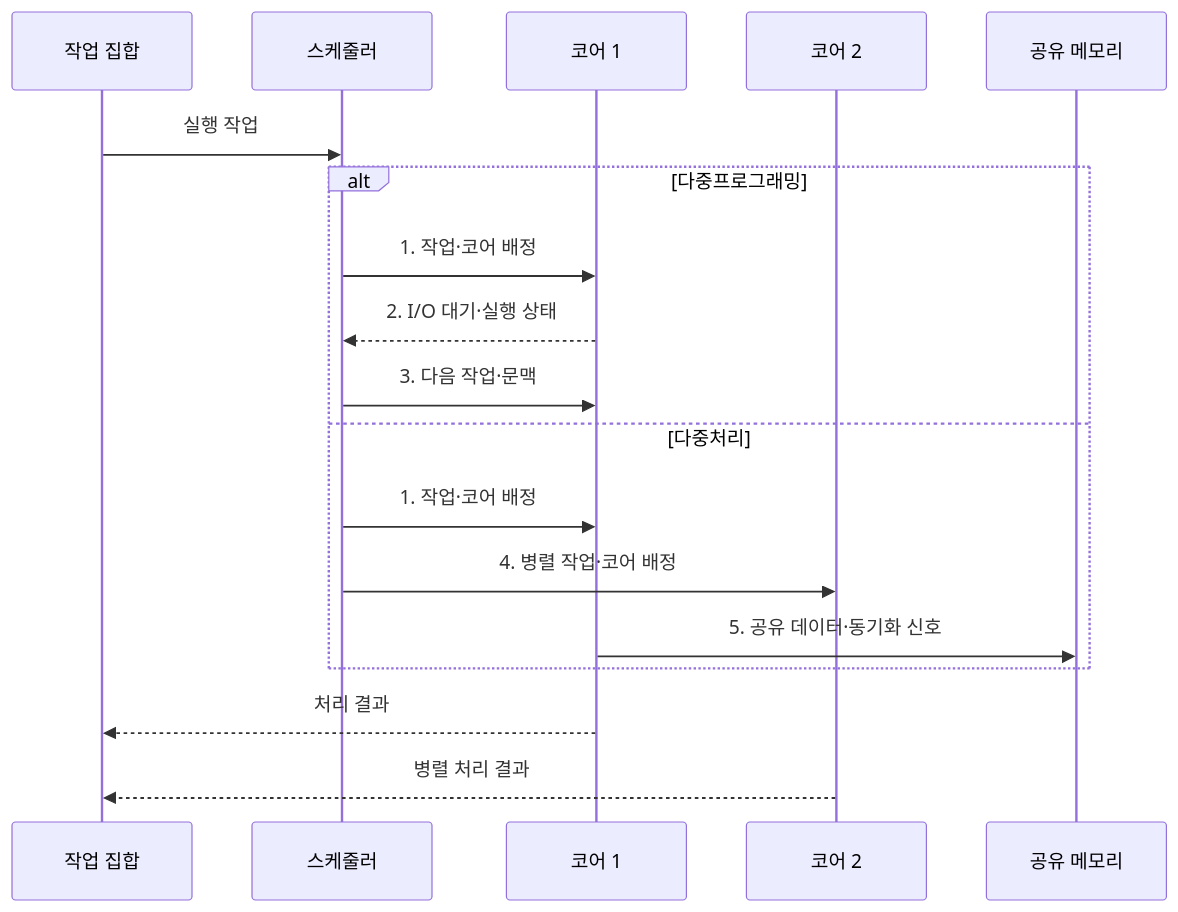
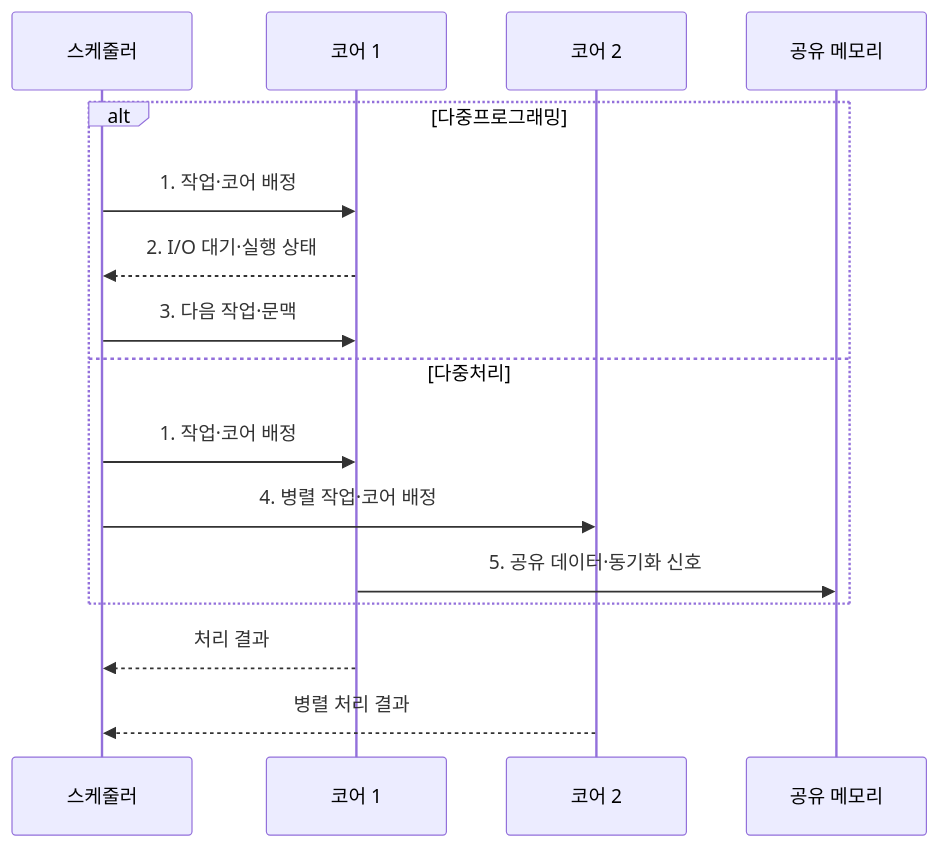
The second of 2 diagrams in src/content/docs/notes/03-software/017_multiprogramming_multiprocessing.md (agnusdei1207/knowledge-base), drawn with Mermaid before and after one commit. The commit also changed 8 other files, not shown here.

Commit message:
Focus software system diagrams

````diff
--- a/src/content/docs/notes/03-software/017_multiprogramming_multiprocessing.md
+++ b/src/content/docs/notes/03-software/017_multiprogramming_multiprocessing.md
@@ -107,20 +107,18 @@
 ```mermaid
 sequenceDiagram
-    participant J as 작업 집합
     participant S as 스케줄러
     participant C1 as 코어 1
     participant C2 as 코어 2
     participant M as 공유 메모리
-    J->>S: 실행 작업
     alt 다중프로그래밍
         S->>C1: 1. 작업·코어 배정
         C1-->>S: 2. I/O 대기·실행 상태
         S->>C1: 3. 다음 작업·문맥
     else 다중처리
         S->>C1: 1. 작업·코어 배정
         S->>C2: 4. 병렬 작업·코어 배정
         C1->>M: 5. 공유 데이터·동기화 신호
     end
-    C1-->>J: 처리 결과
-    C2-->>J: 병렬 처리 결과
+    C1-->>S: 처리 결과
+    C2-->>S: 병렬 처리 결과
 ```
````
